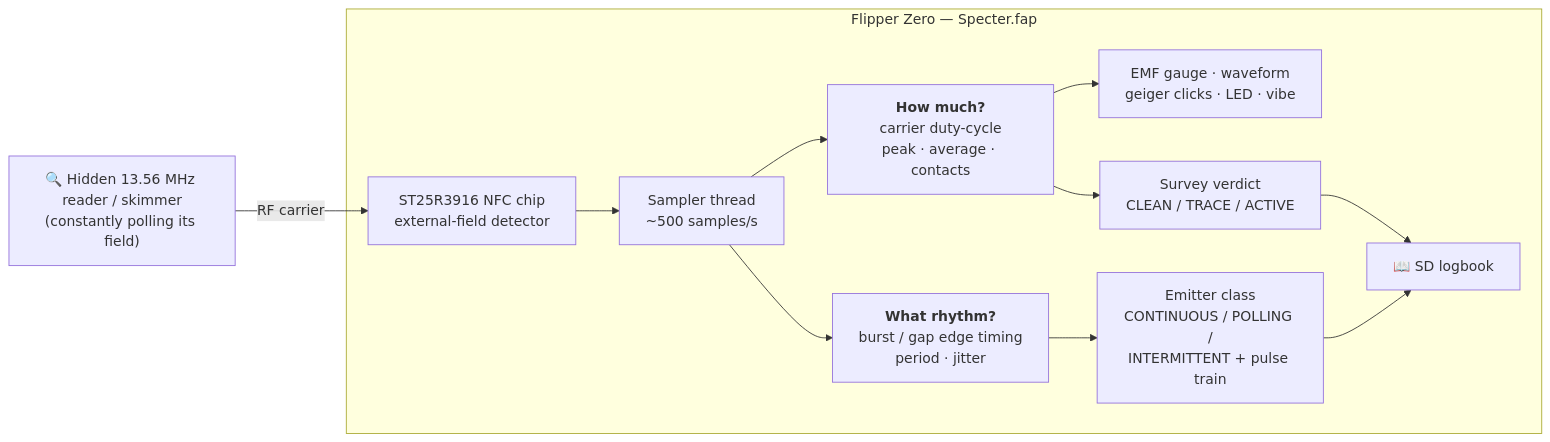
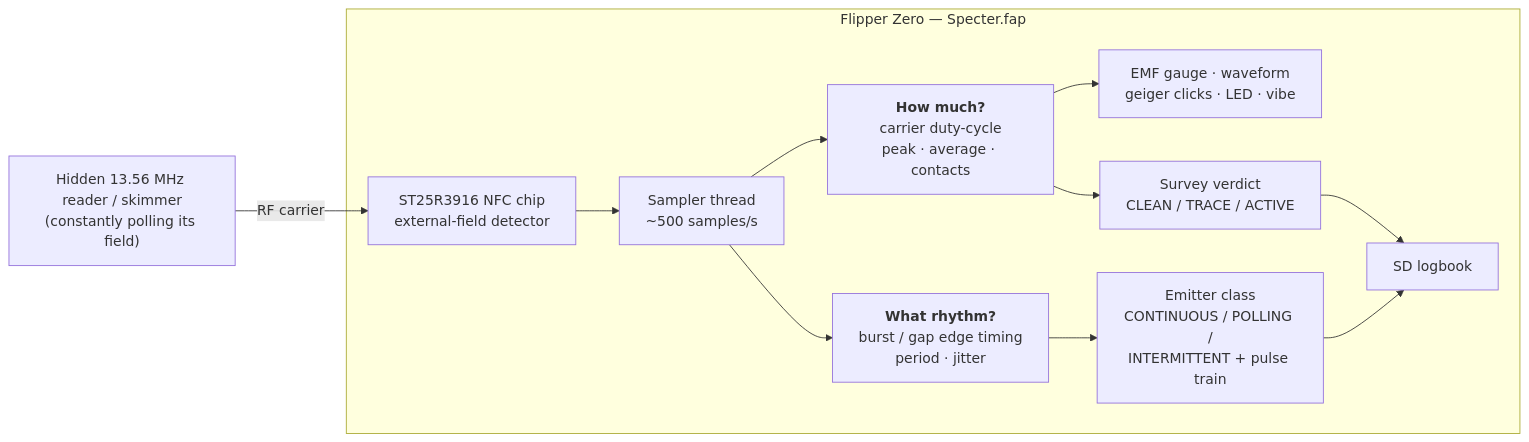
One commit to RogueMaster/flipperzero-firmware-wPlugins changed the diagram in README.md. Above: the diagram before and after it, drawn with Mermaid. The commit also changed other lines of this file and 30 other files, not shown here.

````diff
--- a/README.md
+++ b/README.md
@@ -321,15 +332,15 @@
 ```mermaid
 flowchart LR
-    R["🔍 Hidden 13.56 MHz reader / skimmer<br/>(constantly polling its field)"] -- "RF carrier" --> A
+    R["Hidden 13.56 MHz reader / skimmer<br/>(constantly polling its field)"] -- "RF carrier" --> A
 
     subgraph FLIP["Flipper Zero — Specter.fap"]
       A["ST25R3916 NFC chip<br/>external-field detector"] --> S["Sampler thread<br/>~500 samples/s"]
       S --> M["<b>How much?</b><br/>carrier duty-cycle<br/>peak · average · contacts"]
       S --> C["<b>What rhythm?</b><br/>burst / gap edge timing<br/>period · jitter"]
       M --> G["EMF gauge · waveform<br/>geiger clicks · LED · vibe"]
       M --> V["Survey verdict<br/>CLEAN / TRACE / ACTIVE"]
       C --> K["Emitter class<br/>CONTINUOUS / POLLING /<br/>INTERMITTENT + pulse train"]
-      V --> L["📖 SD logbook"]
+      V --> L["SD logbook"]
       K --> L
     end
 ```
````
